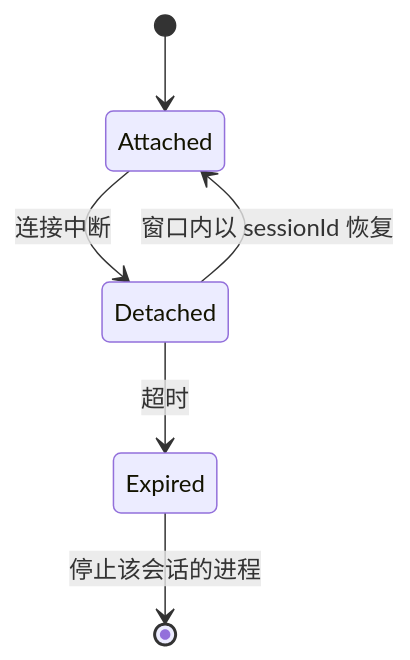
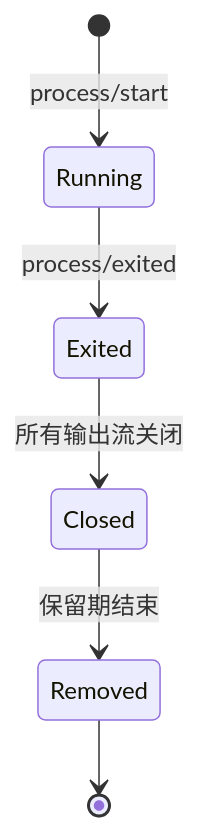
The diagram in wiki/protocols/execution.md (GLBB/codex), drawn with Mermaid before and after one commit. The commit also changed other lines of this file and 28 other files, not shown here.

````diff
--- a/wiki/protocols/execution.md
+++ b/wiki/protocols/execution.md
@@ -39,8 +61,8 @@
 ```mermaid
 stateDiagram-v2
-    [*] --> Attached
-    Attached --> Detached : 连接中断
-    Detached --> Attached : 窗口内以 sessionId 恢复
-    Detached --> Expired : 超时
-    Expired --> [*] : 停止该会话的进程
+    [*] --> Running: process/start
+    Running --> Exited: process/exited
+    Exited --> Closed: 所有输出流关闭
+    Closed --> Removed: 保留期结束
+    Removed --> [*]
 ```
````
